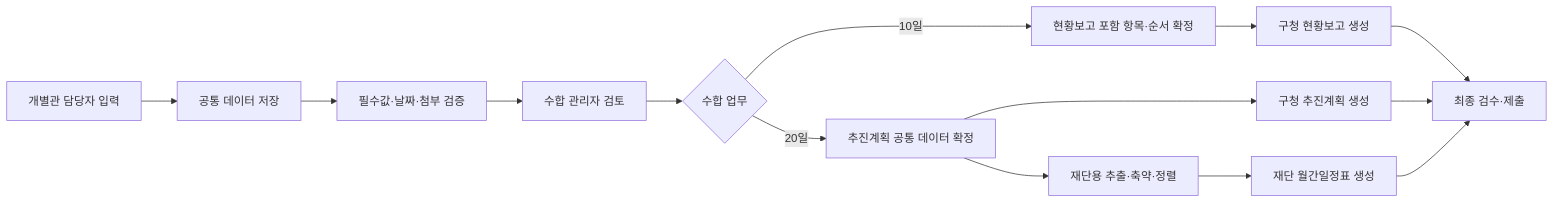
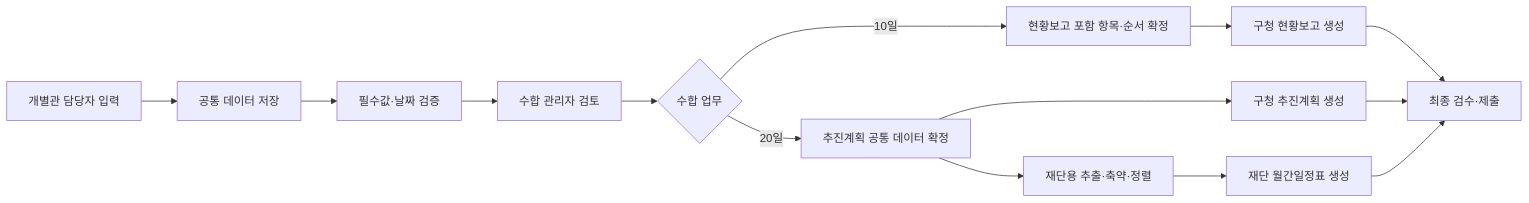
Before and after one commit to FiveEastRoot/nowonlib-program-collection: the diagram in doc/01_통합_기획/01_문화프로그램_통합수합업무_자동화.md, drawn with Mermaid. The commit also changed other lines of this file and 10 other files, not shown here.

````diff
--- a/doc/01_통합_기획/01_문화프로그램_통합수합업무_자동화.md
+++ b/doc/01_통합_기획/01_문화프로그램_통합수합업무_자동화.md
@@ -38,16 +38,16 @@
 ```mermaid
 flowchart LR
     A[개별관 담당자 입력] --> B[공통 데이터 저장]
-    B --> C[필수값·날짜·첨부 검증]
+    B --> C[필수값·날짜 검증]
     C --> D[수합 관리자 검토]
     D --> E{수합 업무}
     E -->|10일| F[현황보고 포함 항목·순서 확정]
     F --> G[구청 현황보고 생성]
     E -->|20일| H[추진계획 공통 데이터 확정]
     H --> I[구청 추진계획 생성]
     H --> J[재단용 추출·축약·정렬]
     J --> K[재단 월간일정표 생성]
     G --> L[최종 검수·제출]
     I --> L
     K --> L
 ```
````
